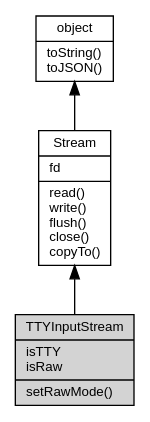
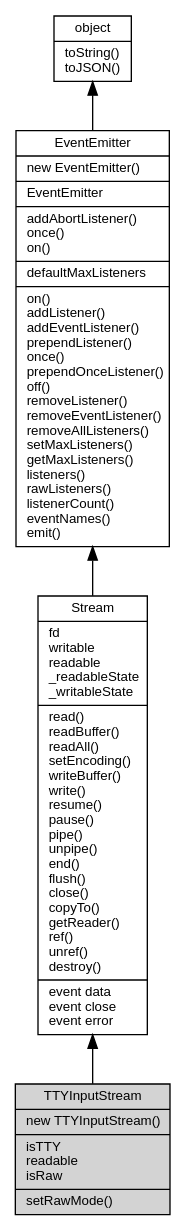
The diagram in docs/manual/object/ifs/TTYInputStream.md (fibjs/fibjs.org), drawn with Graphviz before and after one commit. The commit also changed other lines of this file and 148 other files, not shown here.

First line of the commit message:
feat: add ZlibCodec documentation and update object graph

````diff
--- a/docs/manual/object/ifs/TTYInputStream.md
+++ b/docs/manual/object/ifs/TTYInputStream.md
@@ -11,12 +11,14 @@
 ```dot
 digraph {
     node [fontname="Helvetica,sans-Serif", fontsize=10, shape="record", style="filled", fillcolor="white"];
 
     object [tooltip="object", URL="object.md", label="{object|toString()\ltoJSON()\l}"];
-    Stream [tooltip="Stream", URL="Stream.md", label="{Stream|fd\l|read()\lwrite()\lflush()\lclose()\lcopyTo()\l}"];
-    TTYInputStream [tooltip="TTYInputStream", fillcolor="lightgray", id="me", label="{TTYInputStream|isTTY\lisRaw\l|setRawMode()\l}"];
+    EventEmitter [tooltip="EventEmitter", URL="EventEmitter.md", label="{EventEmitter|new EventEmitter()\l|EventEmitter\l|addAbortListener()\lonce()\lon()\l|defaultMaxListeners\l|on()\laddListener()\laddEventListener()\lprependListener()\lonce()\lprependOnceListener()\loff()\lremoveListener()\lremoveEventListener()\lremoveAllListeners()\lsetMaxListeners()\lgetMaxListeners()\llisteners()\lrawListeners()\llistenerCount()\leventNames()\lemit()\l}"];
+    Stream [tooltip="Stream", URL="Stream.md", label="{Stream|fd\lwritable\lreadable\l_readableState\l_writableState\l|read()\lreadBuffer()\lreadAll()\lsetEncoding()\lwriteBuffer()\lwrite()\lresume()\lpause()\lpipe()\lunpipe()\lend()\lflush()\lclose()\lcopyTo()\lgetReader()\lref()\lunref()\ldestroy()\l|event data\levent close\levent error\l}"];
+    TTYInputStream [tooltip="TTYInputStream", fillcolor="lightgray", id="me", label="{TTYInputStream|new TTYInputStream()\l|isTTY\lreadable\lisRaw\l|setRawMode()\l}"];
 
-    object -> Stream [dir=back];
+    object -> EventEmitter [dir=back];
+    EventEmitter -> Stream [dir=back];
     Stream -> TTYInputStream [dir=back];
 }
 ```
````
